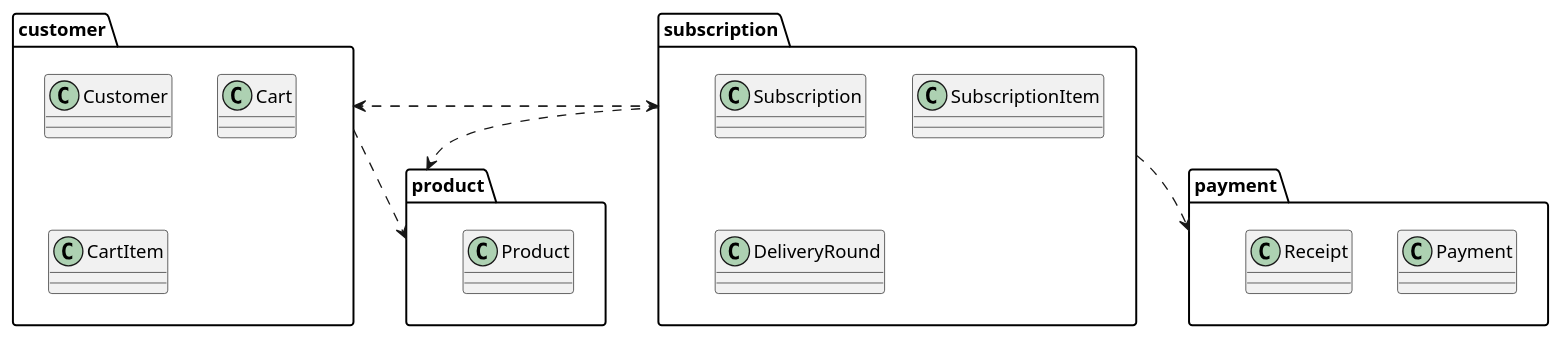
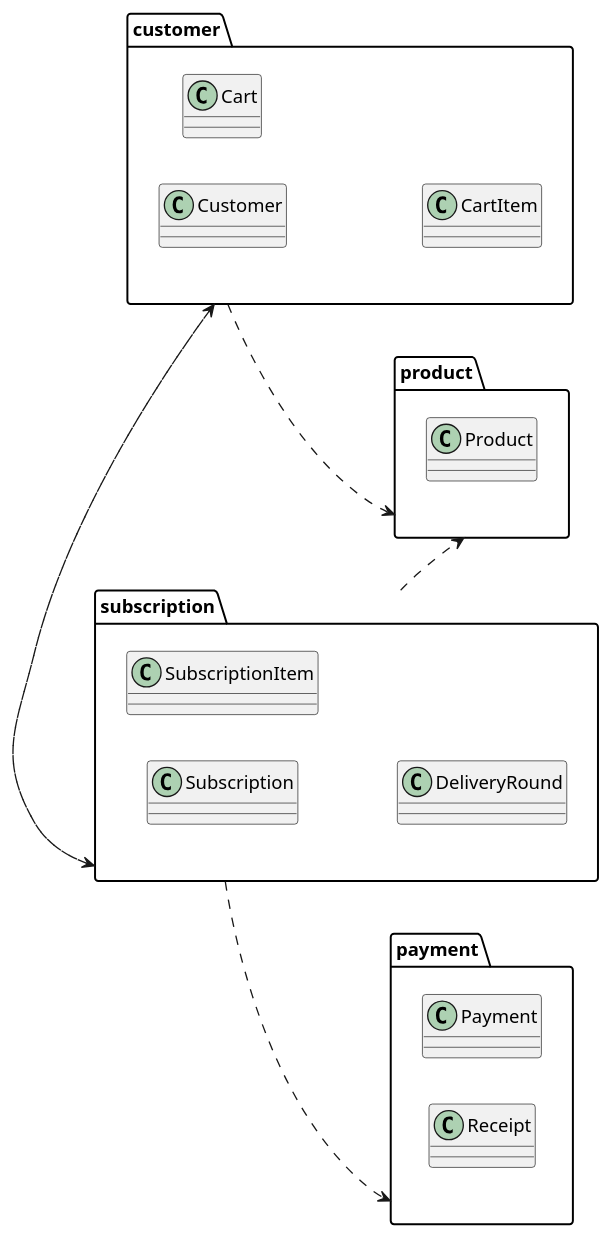
One commit to YoungSan77/TrainingMaterials changed diagram 16 of 17 in courses/ooad/sessions/s05.md. Above: the diagram before and after it, drawn with PlantUML. The commit also changed other lines of this file and 154 other files, not shown here.

````diff
--- a/courses/ooad/sessions/s05.md
+++ b/courses/ooad/sessions/s05.md
@@ -1099,26 +1022,27 @@
 ```plantuml:package
 @startuml
+left to right direction
 package "customer" as C {
   class "Customer" as Customer
   class "Cart" as Cart
   class "CartItem" as CartItem
 }
 package "subscription" as S {
   class "Subscription" as Sub
   class "SubscriptionItem" as SubItem
   class "DeliveryRound" as Round
 }
 package "product" as P {
   class "Product" as Product
 }
 package "payment" as Pay {
   class "Payment" as Payment
   class "Receipt" as Receipt
 }
 C ..> S
 S ..> C
 C ..> P
 S ..> P
 S ..> Pay
 @enduml
 ```
````
